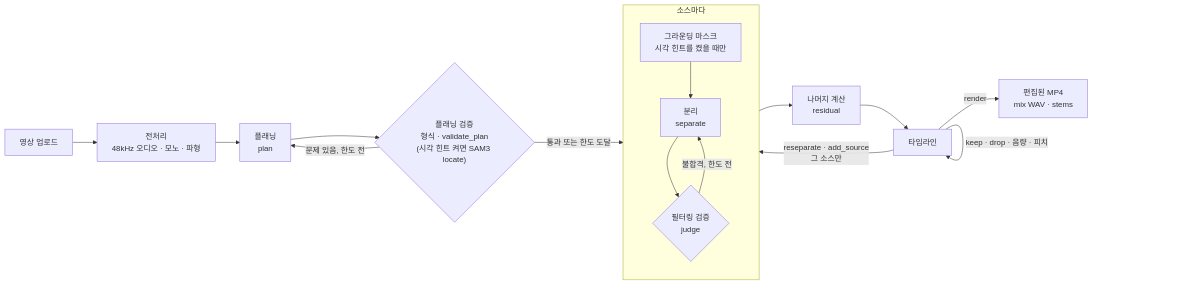
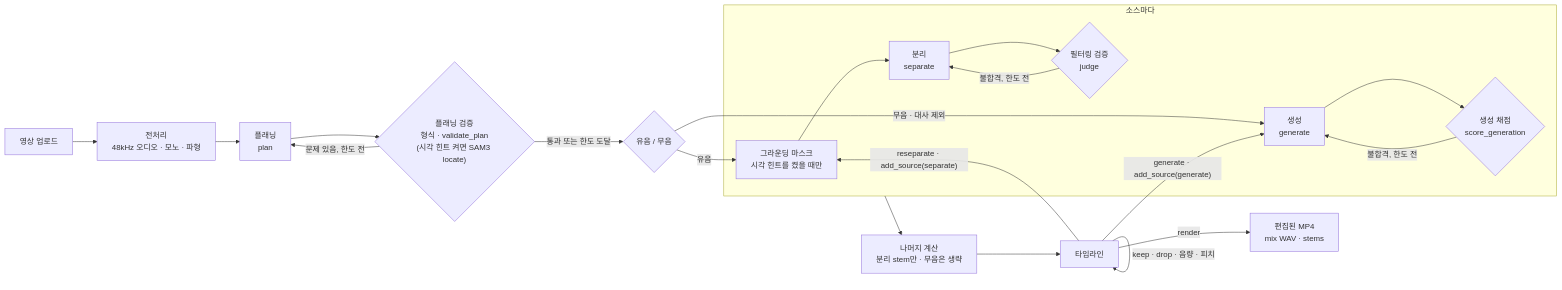
One commit to capstone-audissey-fall-2026/audissey changed the first of 2 diagrams in README.md. Above: the diagram before and after it, drawn with Mermaid. The commit also changed other lines of this file and 2 other files, not shown here.

Commit message:
docs: document the generation flow

````diff
--- a/README.md
+++ b/README.md
@@ -22,18 +23,23 @@
 ```mermaid
 flowchart LR
   UP["영상 업로드"] --> PRE["전처리<br/>48kHz 오디오 · 모노 · 파형"]
   PRE --> PLAN["플래닝<br/>plan"]
   PLAN --> CHECK{"플래닝 검증<br/>형식 · validate_plan<br/>(시각 힌트 켜면 SAM3 locate)"}
   CHECK -- "문제 있음, 한도 전" --> PLAN
-  CHECK -- "통과 또는 한도 도달" --> SRC
+  CHECK -- "통과 또는 한도 도달" --> MODE{"유음 / 무음"}
+  MODE -- "유음" --> MASK
+  MODE -- "무음 · 대사 제외" --> GEN
   subgraph SRC["소스마다"]
     MASK["그라운딩 마스크<br/>시각 힌트를 켰을 때만"] --> SEP["분리<br/>separate"]
     SEP --> JUDGE{"필터링 검증<br/>judge"}
     JUDGE -- "불합격, 한도 전" --> SEP
+    GEN["생성<br/>generate"] --> SCORE{"생성 채점<br/>score_generation"}
+    SCORE -- "불합격, 한도 전" --> GEN
   end
-  SRC --> RES["나머지 계산<br/>residual"]
+  SRC --> RES["나머지 계산<br/>분리 stem만 · 무음은 생략"]
   RES --> TL["타임라인"]
   TL -- "keep · drop · 음량 · 피치" --> TL
-  TL -- "reseparate · add_source<br/>그 소스만" --> SRC
+  TL -- "reseparate · add_source(separate)" --> MASK
+  TL -- "generate · add_source(generate)" --> GEN
   TL -- "render" --> OUT["편집된 MP4<br/>mix WAV · stems"]
 ```
````
